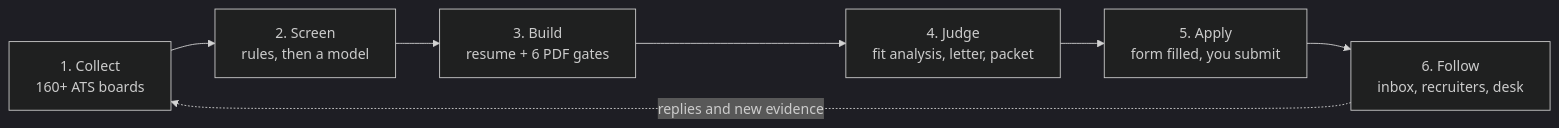
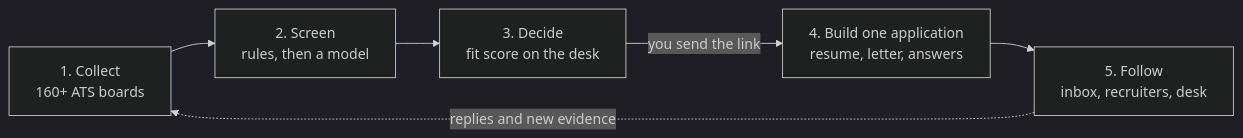
One commit to srikar0805/career-agent changed the diagram in README.md. Above: the diagram before and after it, drawn with Mermaid (dark theme). The commit also changed other lines of this file and 9 other files, not shown here.

````diff
--- a/README.md
+++ b/README.md
@@ -72,9 +72,8 @@
 ```mermaid
 flowchart LR
     C["1. Collect<br/>160+ ATS boards"] --> S["2. Screen<br/>rules, then a model"]
-    S --> B["3. Build<br/>resume + 6 PDF gates"]
-    B --> J["4. Judge<br/>fit analysis, letter, packet"]
-    J --> A["5. Apply<br/>form filled, you submit"]
-    A --> F["6. Follow<br/>inbox, recruiters, desk"]
+    S --> D["3. Decide<br/>fit score on the desk"]
+    D -->|you send the link| B["4. Build one application<br/>resume, letter, answers"]
+    B --> F["5. Follow<br/>inbox, recruiters, desk"]
     F -. replies and new evidence .-> C
 ```
````
